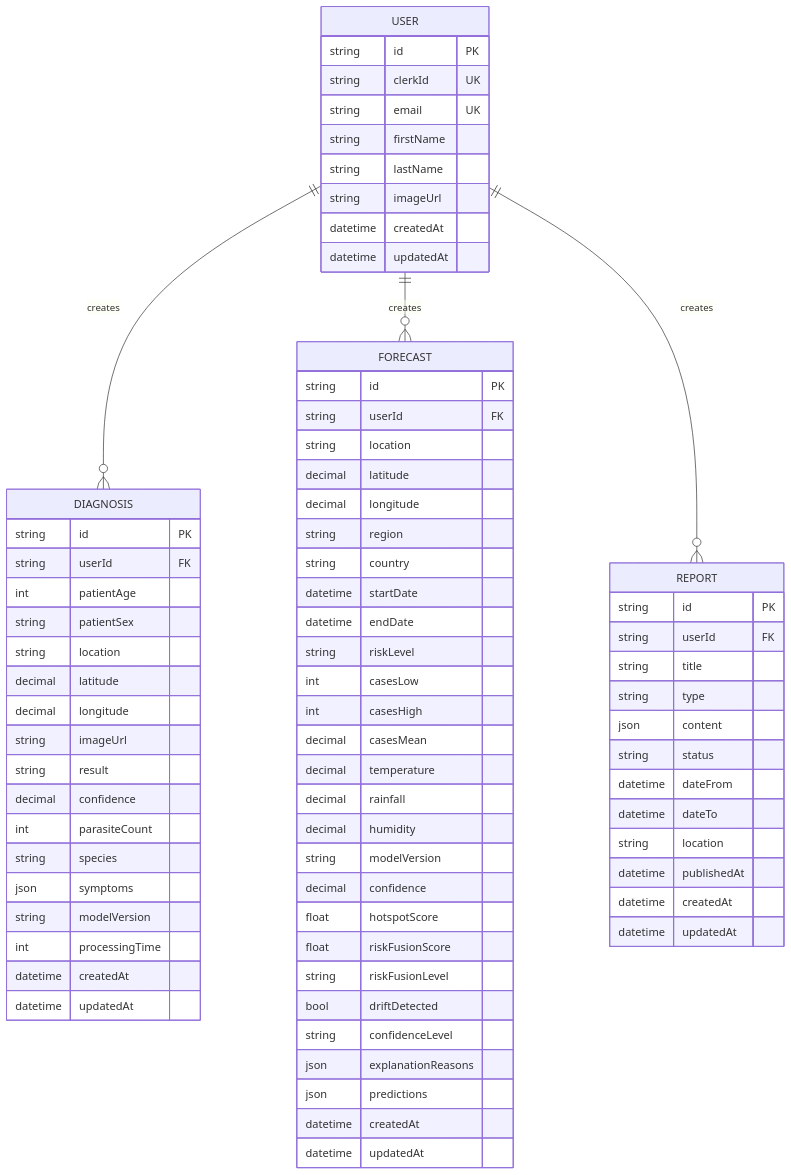
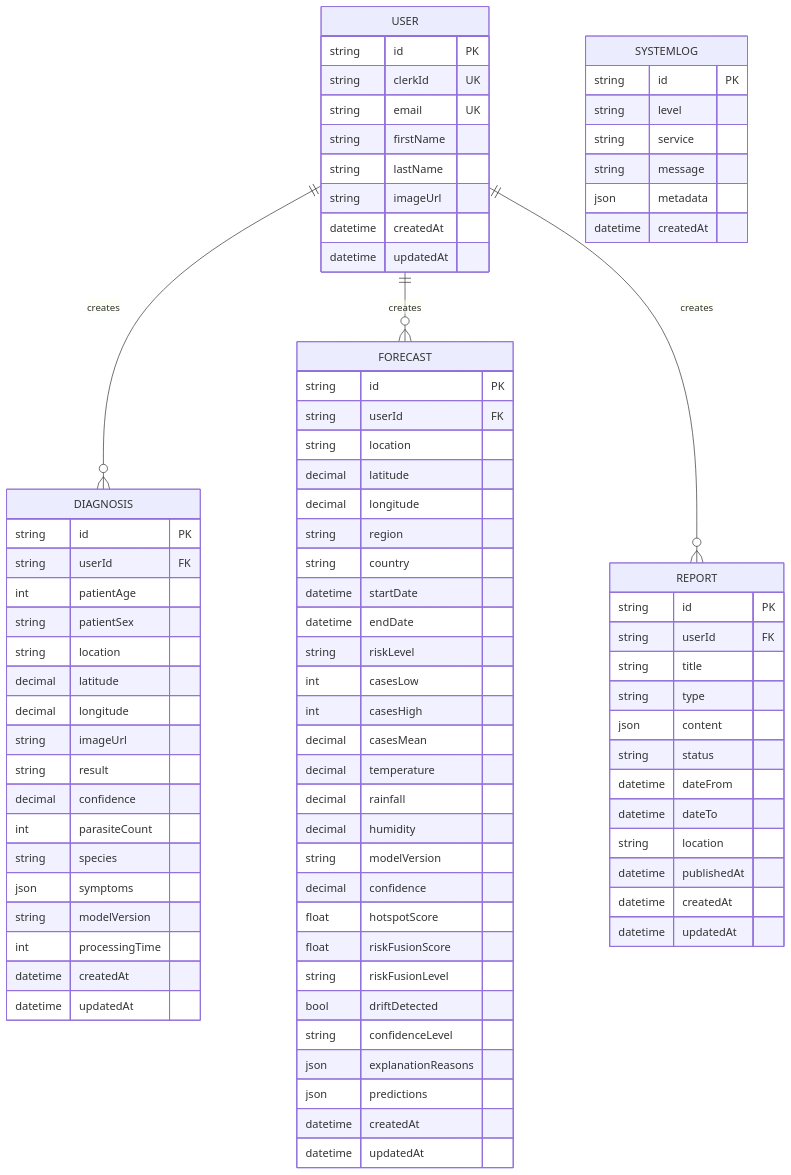
The third of 4 diagrams in README.md (HumayunK01/CodeRedProject), drawn with Mermaid before and after one commit. The commit also changed other lines of this file, not shown here.

First line of the commit message:
docs(readme): add adaptive ensemble model and system log schema

```diff
--- a/README.md
+++ b/README.md
@@ -232,6 +238,15 @@
         datetime updatedAt
     }
 
+    SYSTEMLOG {
+        string id PK
+        string level
+        string service
+        string message
+        json metadata
+        datetime createdAt
+    }
+
     USER ||--o{ DIAGNOSIS : "creates"
     USER ||--o{ FORECAST : "creates"
     USER ||--o{ REPORT : "creates"
```
